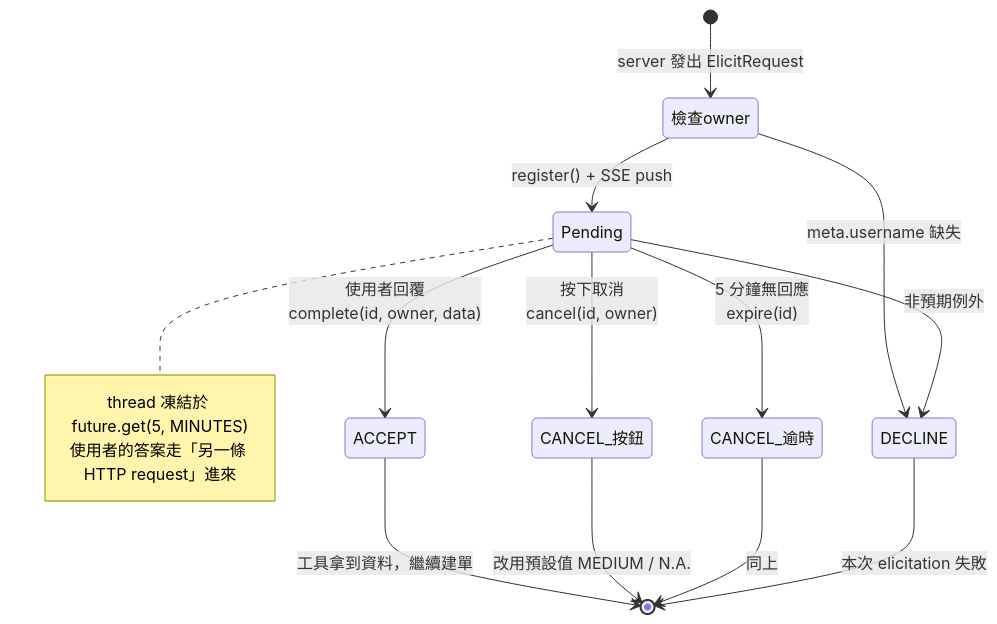
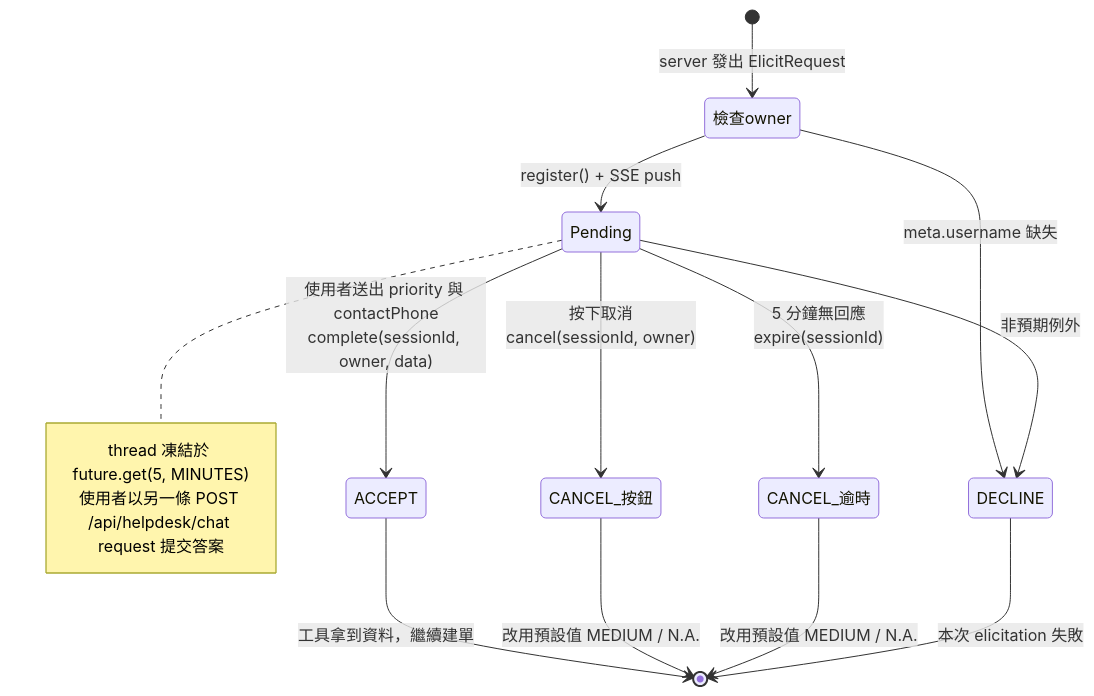
One commit to tonysk0210/springai-mcp-stdio changed the second of 3 diagrams in README.md. Above: the diagram before and after it, drawn with Mermaid. The commit also changed other lines of this file, not shown here.

````diff
--- a/README.md
+++ b/README.md
@@ -132,22 +132,22 @@
 ```mermaid
 stateDiagram-v2
     [*] --> 檢查owner: server 發出 ElicitRequest
 
     檢查owner --> DECLINE: meta.username 缺失
     檢查owner --> Pending: register() + SSE push
 
-    Pending --> ACCEPT: 使用者回覆<br/>complete(id, owner, data)
-    Pending --> CANCEL_按鈕: 按下取消<br/>cancel(id, owner)
-    Pending --> CANCEL_逾時: 5 分鐘無回應<br/>expire(id)
+    Pending --> ACCEPT: 使用者送出 priority 與 contactPhone<br/>complete(sessionId, owner, data)
+    Pending --> CANCEL_按鈕: 按下取消<br/>cancel(sessionId, owner)
+    Pending --> CANCEL_逾時: 5 分鐘無回應<br/>expire(sessionId)
     Pending --> DECLINE: 非預期例外
 
     ACCEPT --> [*]: 工具拿到資料，繼續建單
     CANCEL_按鈕 --> [*]: 改用預設值 MEDIUM / N.A.
-    CANCEL_逾時 --> [*]: 同上
+    CANCEL_逾時 --> [*]: 改用預設值 MEDIUM / N.A.
     DECLINE --> [*]: 本次 elicitation 失敗
 
     note right of Pending
         thread 凍結於 future.get(5, MINUTES)
-        使用者的答案走「另一條 HTTP request」進來
+        使用者以另一條 POST /api/helpdesk/chat request 提交答案
     end note
 ```
````
